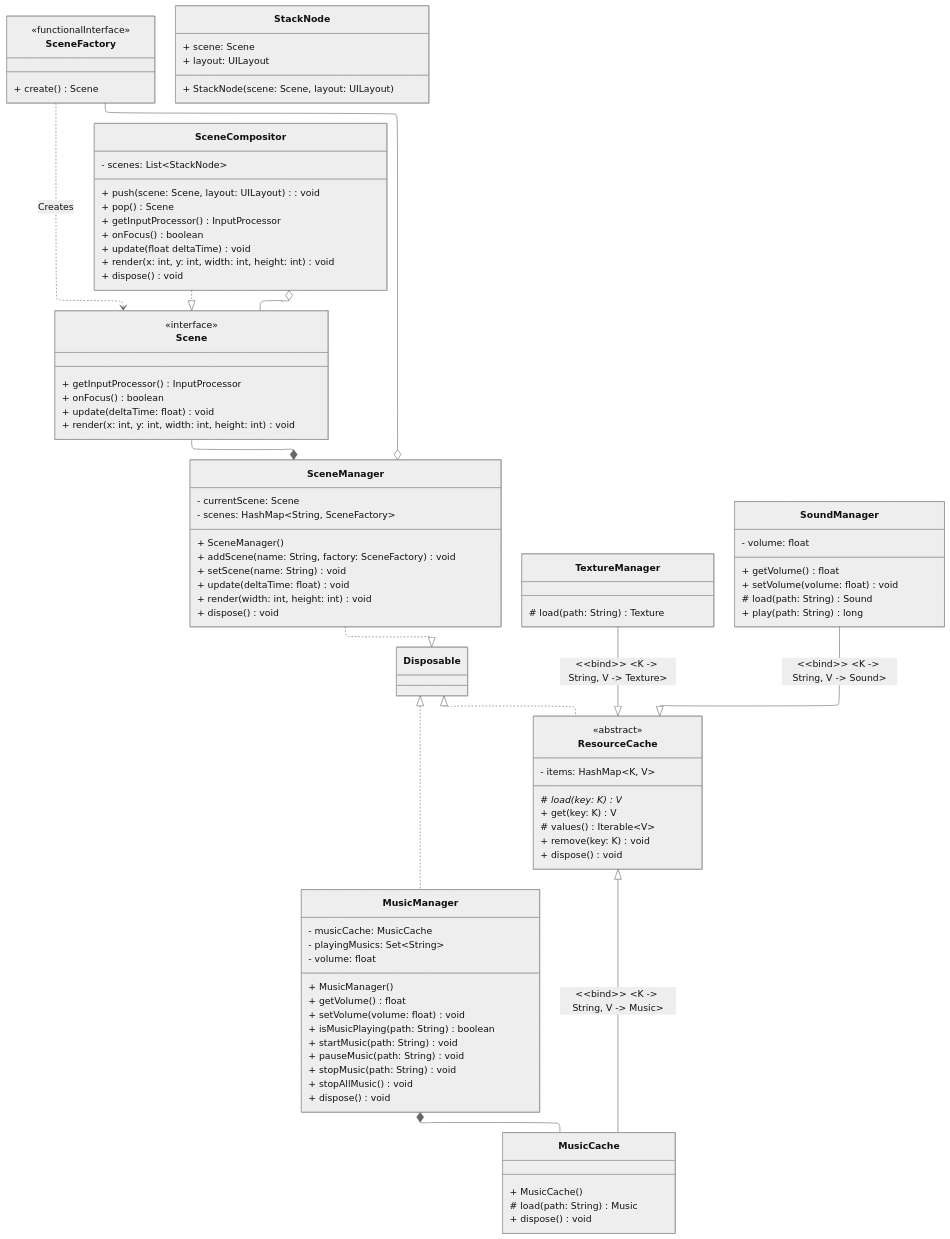
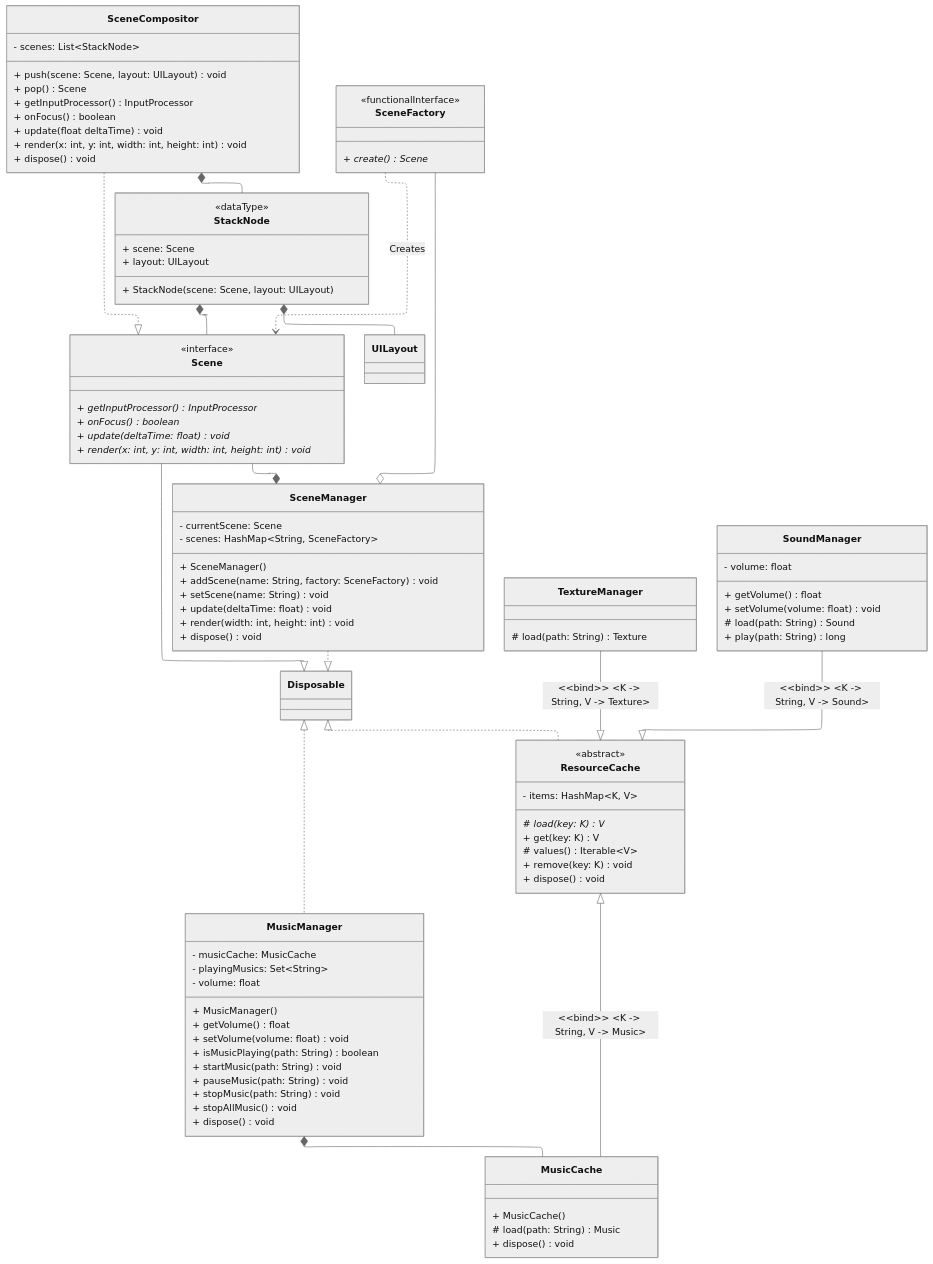
The diagram in class-diagram/engine/scene.mmd (TemariVirus/harbour-franca), drawn with Mermaid before and after one commit. The commit also changed 8 other files, not shown here.

Commit message:
Update class diagrams

```diff
--- a/class-diagram/engine/scene.mmd
+++ b/class-diagram/engine/scene.mmd
@@ -1,116 +1,121 @@
 ---
 config:
     theme: neutral
     layout: elk
     defaultRenderer: elk
     elk:
         nodePlacementStrategy: NETWORK_SIMPLEX
 ---
 
 classDiagram
     MusicManager *-- MusicCache
     ResourceCache <|-- MusicCache: #60;#60;bind#62;#62; #60;K -> String, V -> Music#62;
     Disposable <|.. MusicManager
     Disposable <|.. ResourceCache~K&comma; V: Disposable~
-    SceneCompositor o-- Scene
+    SceneCompositor *-- StackNode
+    StackNode *-- Scene
+    StackNode *-- UILayout
     SceneCompositor ..|> Scene
     SceneFactory ..> Scene: Creates
     SceneFactory --o SceneManager
     Scene --* SceneManager
+    Scene --|> Disposable
     SceneManager ..|> Disposable
     TextureManager --|> ResourceCache: #60;#60;bind#62;#62; #60;K -> String, V -> Texture#62;
     SoundManager --|> ResourceCache: #60;#60;bind#62;#62; #60;K -> String, V -> Sound#62;
 
 
     class ResourceCache~K&comma; V: Disposable~ {
         <<abstract>>
 
         - items: HashMap~K&comma; V~
 
         # load(key: K)* V
         + get(key: K) V
         # values() Iterable~V~
         + remove(key: K) void
         + dispose() void
     }
 
     class Scene {
         <<interface>>
 
-        + getInputProcessor() InputProcessor
-        + onFocus() boolean
-        + update(deltaTime: float) void
-        + render(x: int, y: int, width: int, height: int) void
+        + getInputProcessor()* InputProcessor
+        + onFocus()* boolean
+        + update(deltaTime: float)* void
+        + render(x: int, y: int, width: int, height: int)* void
     }
 
     class SceneManager {
         - currentScene: Scene
         - scenes: HashMap~String&comma; SceneFactory~
 
         + SceneManager()
         + addScene(name: String, factory: SceneFactory) void
         + setScene(name: String) void
         + update(deltaTime: float) void
         + render(width: int, height: int) void
         + dispose() void
     }
 
     class StackNode {
+        <<dataType>>
+
         + scene: Scene
         + layout: UILayout
 
         + StackNode(scene: Scene, layout: UILayout)
     }
 
     class SceneCompositor {
         - scenes: List~StackNode~
 
-        + push(scene: Scene, layout: UILayout): void
+        + push(scene: Scene, layout: UILayout) void
         + pop() Scene
         + getInputProcessor() InputProcessor
         + onFocus() boolean
         + update(float deltaTime) void
         + render(x: int, y: int, width: int, height: int) void
         + dispose() void
     }
 
     class SceneFactory {
         <<functionalInterface>>
 
-        + create() Scene
+        + create()* Scene
     }
 
     class MusicCache {
         + MusicCache()
         # load(path: String) Music
         + dispose() void
     }
 
     class MusicManager {
         - musicCache: MusicCache
         - playingMusics: Set~String~
         - volume: float
 
         + MusicManager()
         + getVolume() float
         + setVolume(volume: float) void
         + isMusicPlaying(path: String) boolean
         + startMusic(path: String) void
         + pauseMusic(path: String) void
         + stopMusic(path: String) void
         + stopAllMusic() void
         + dispose() void
     }
 
     class SoundManager {
         - volume: float
 
         + getVolume() float
         + setVolume(volume: float) void
         # load(path: String) Sound
         + play(path: String) long
     }
 
     class TextureManager {
         # load(path: String) Texture
     }
```
